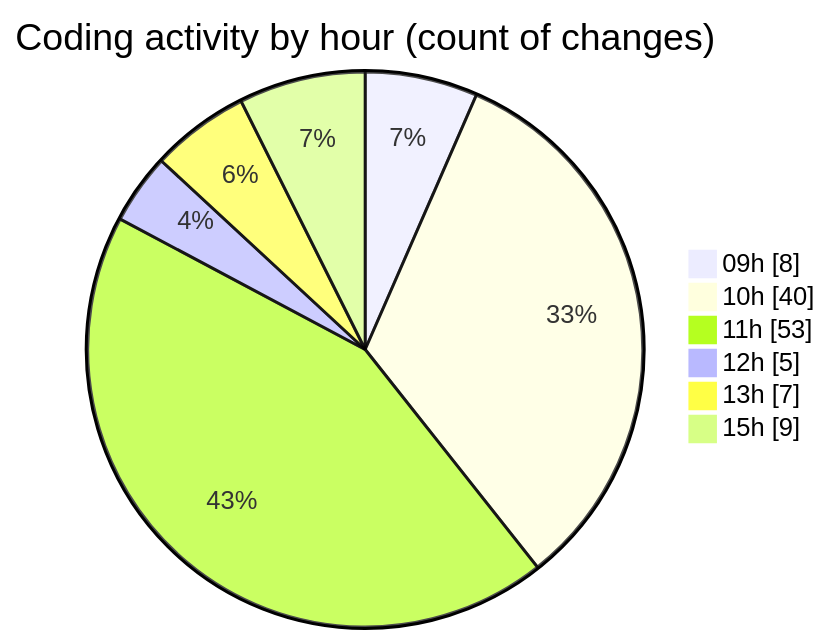
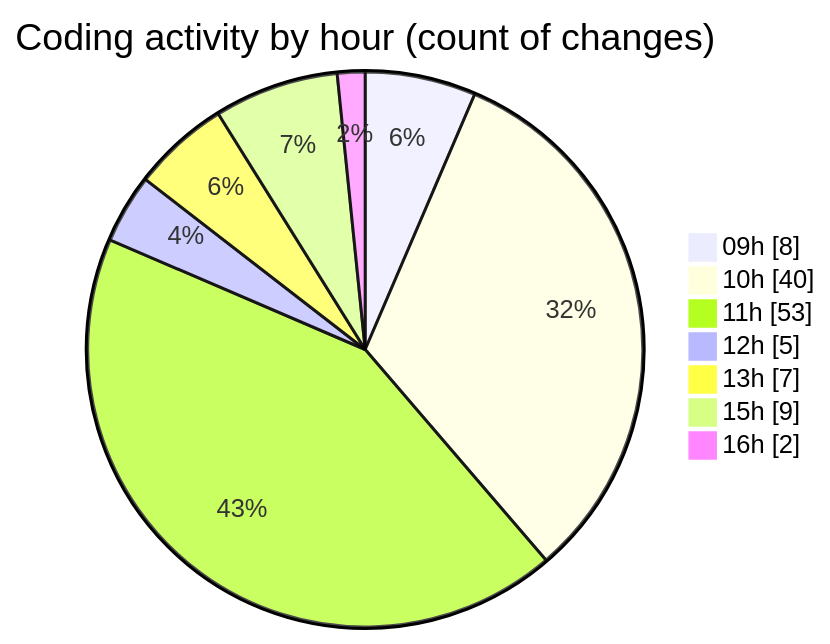
Before and after one commit to momahboobian/code-tracking: the second of 2 diagrams in 2025-09-01/cda/README.md, drawn with Mermaid. The commit also changed other lines of this file and 1 other file, not shown here.

````diff
--- a/2025-09-01/cda/README.md
+++ b/2025-09-01/cda/README.md
@@ -39,10 +40,11 @@
 ```mermaid
 pie showData
 title Coding activity by hour (count of changes)
 "09h" : 8
 "10h" : 40
 "11h" : 53
 "12h" : 5
 "13h" : 7
 "15h" : 9
+"16h" : 2
 ```
````
